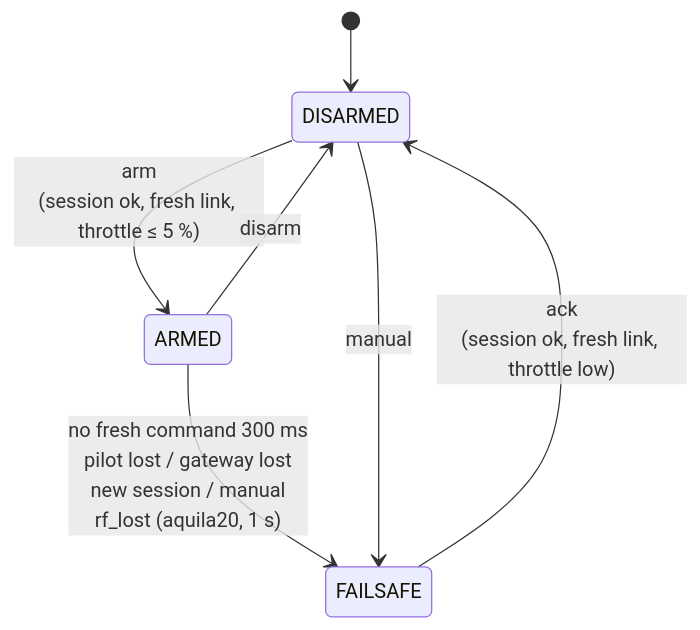
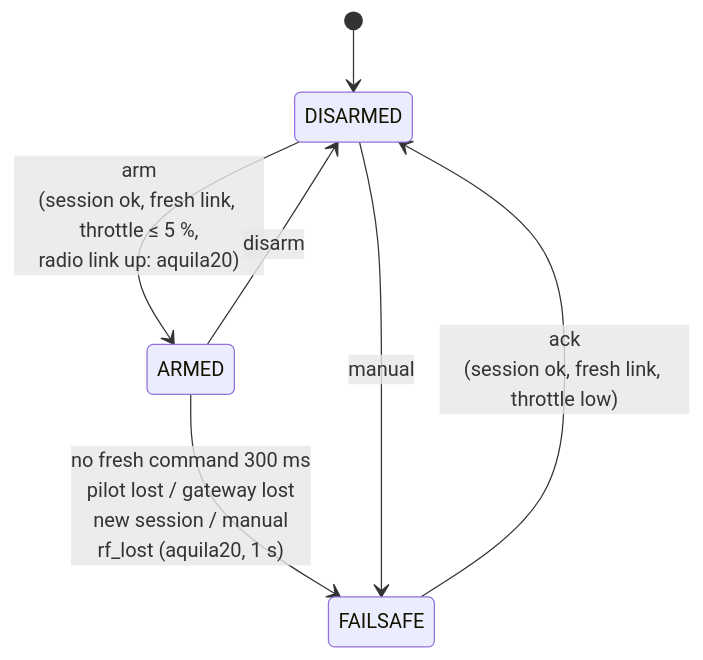
One commit to AustenLynn/elrs-web-gcs changed the fourth of 5 diagrams in docs/ARCHITECTURE.md. Above: the diagram before and after it, drawn with Mermaid. The commit also changed other lines of this file and 12 other files, not shown here.

First line of the commit message:
core: refuse to arm while the drone has no radio link (rf_down)

````diff
--- a/docs/ARCHITECTURE.md
+++ b/docs/ARCHITECTURE.md
@@ -408,9 +408,9 @@
 ```mermaid
 stateDiagram-v2
     [*] --> DISARMED
-    DISARMED --> ARMED: arm<br/>(session ok, fresh link, throttle ≤ 5 %)
+    DISARMED --> ARMED: arm<br/>(session ok, fresh link, throttle ≤ 5 %,<br/>radio link up: aquila20)
     ARMED --> DISARMED: disarm
     ARMED --> FAILSAFE: no fresh command 300 ms<br/>pilot lost / gateway lost<br/>new session / manual<br/>rf_lost (aquila20, 1 s)
     DISARMED --> FAILSAFE: manual
     FAILSAFE --> DISARMED: ack<br/>(session ok, fresh link, throttle low)
 ```
````
